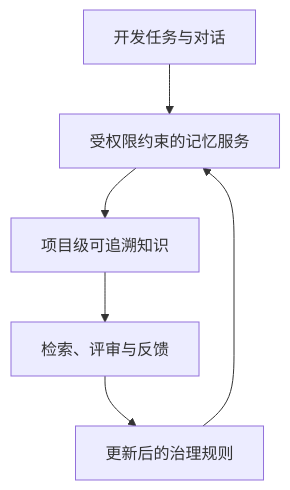
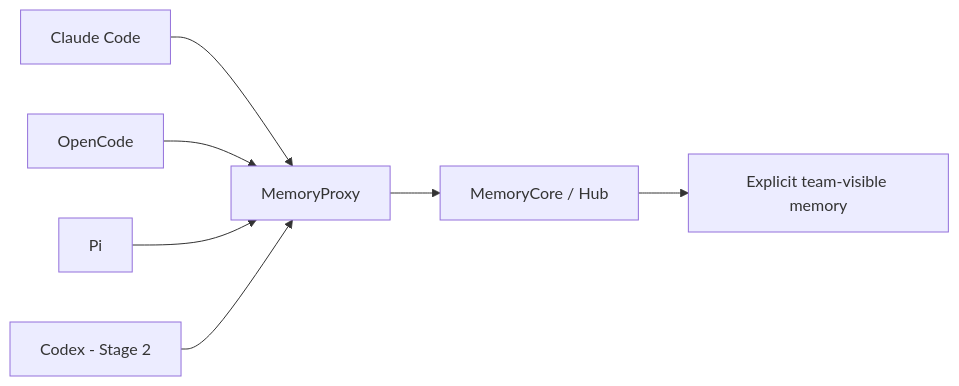
One commit to psiQAQ/agents-memory changed the diagram in docs/enterprise-memory-system-evaluation.md. Above: the diagram before and after it, drawn with Mermaid. The commit also changed other lines of this file and 7 other files, not shown here.

````diff
--- a/docs/enterprise-memory-system-evaluation.md
+++ b/docs/enterprise-memory-system-evaluation.md
@@ -88,8 +22,9 @@
 ```mermaid
-flowchart TD
-  A["开发任务与对话"] --> B["受权限约束的记忆服务"]
-  B --> C["项目级可追溯知识"]
-  C --> D["检索、评审与反馈"]
-  D --> E["更新后的治理规则"]
-  E --> B
+flowchart LR
+  C["Claude Code"] --> P["MemoryProxy"]
+  O["OpenCode"] --> P
+  I["Pi"] --> P
+  X["Codex - Stage 2"] --> P
+  P --> K["MemoryCore / Hub"]
+  K --> T["Explicit team-visible memory"]
 ```
````
